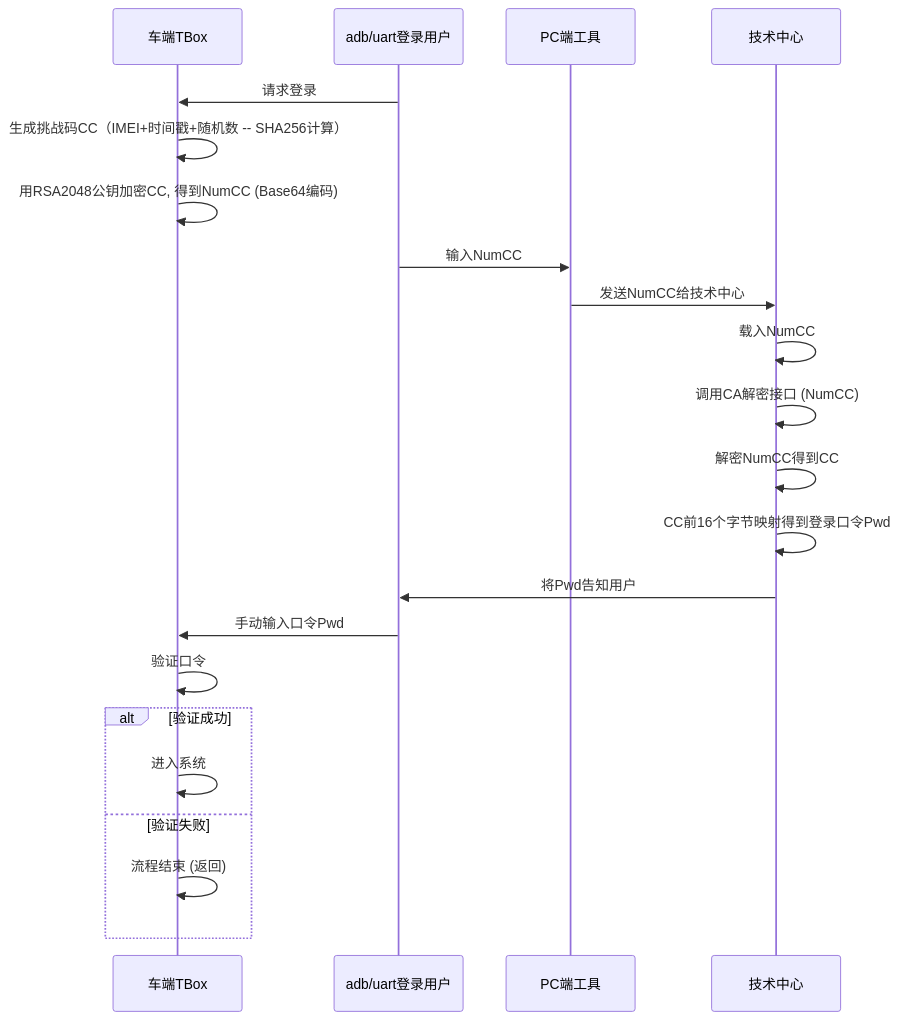
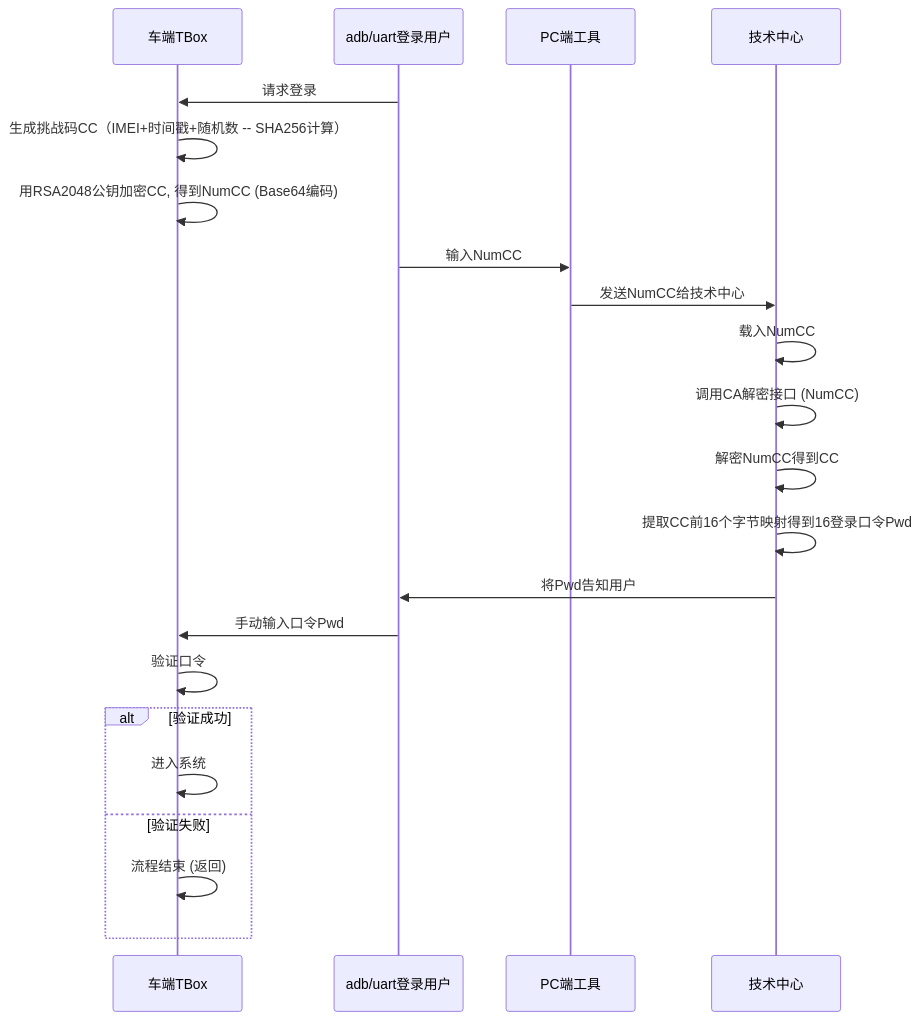
The diagram in all/未命名-13.md (facebook-cloud/iodraw-files), drawn with Mermaid before and after one commit.

Commit message:
2026-01-26 19:20:42 update

````diff
--- a/all/未命名-13.md
+++ b/all/未命名-13.md
@@ -1,28 +1,28 @@
 ```mermaid
 sequenceDiagram
     participant tbox as 车端TBox
     participant user as adb/uart登录用户
     participant pc as PC端工具
     participant tech_center as 技术中心
   
 
     user->>tbox: 请求登录
     tbox->>tbox: 生成挑战码CC（IMEI+时间戳+随机数 -- SHA256计算）
     tbox->>tbox: 用RSA2048公钥加密CC, 得到NumCC (Base64编码)
     user->>pc: 输入NumCC
     pc->>tech_center: 发送NumCC给技术中心
     tech_center->>tech_center: 载入NumCC
     tech_center->>tech_center: 调用CA解密接口 (NumCC)
     tech_center->>tech_center: 解密NumCC得到CC
-    tech_center->>tech_center: CC前16个字节映射得到登录口令Pwd
+    tech_center->>tech_center: 提取CC前16个字节映射得到16登录口令Pwd
     tech_center->>user: 将Pwd告知用户
     user->>tbox: 手动输入口令Pwd
     tbox->>tbox: 验证口令
     alt 验证成功
         tbox->>tbox: 进入系统
     else 验证失败
         tbox->>tbox: 流程结束 (返回)
     end
 
 
 ```
````
